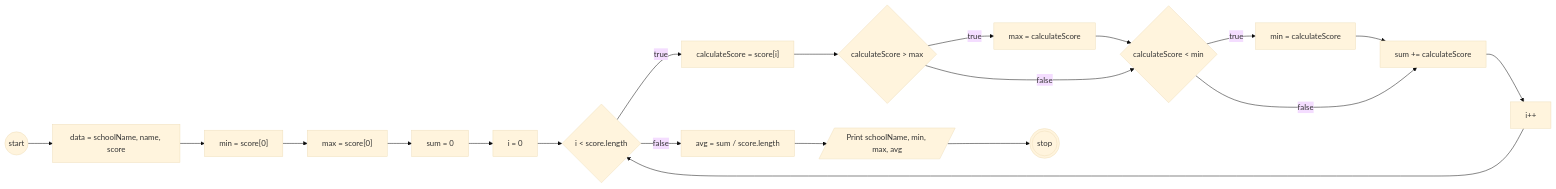
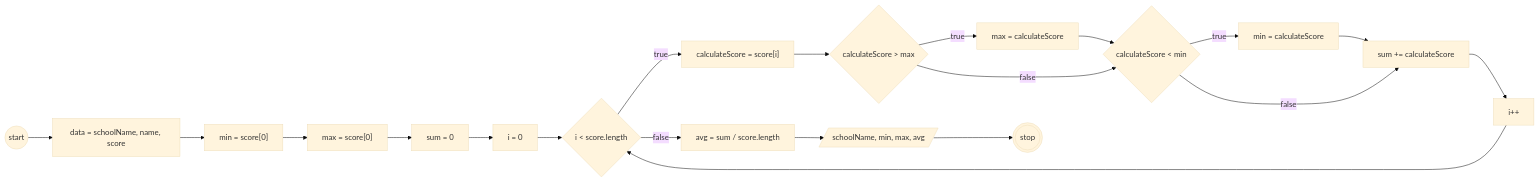
The diagram in README.md (aldi-ardyansah/koda-b10-javascript4), drawn with Mermaid (base theme) before and after one commit. The commit also changed 1 other file, not shown here.

````diff
--- a/README.md
+++ b/README.md
@@ -7,40 +7,40 @@
 ```mermaid
 flowchart LR
     A((start))
     B["data = schoolName, name, score"]
     C["min = score[0]"]
     D["max = score[0]"]
     E["sum = 0"]
     F["i = 0"]
     G{"i < score.length"}
     H["calculateScore = score[i]"]
     I{"calculateScore > max"}
     J["max = calculateScore"]
     K{"calculateScore < min"}
     L["min = calculateScore"]
     M["sum += calculateScore"]
     N["i++"]
     O["avg = sum / score.length"]
-    P[/Print schoolName, min, max, avg/]
+    P[/schoolName, min, max, avg/]
     Z(((stop)))
 
     A --> B
     B --> C
     C --> D
     D --> E
     E --> F
     F --> G
     G -- true --> H
     H --> I
     I -- true --> J
     I -- false --> K
     J --> K
     K -- true --> L
     K -- false --> M
     L --> M
     M --> N
     N --> G
     G -- false --> O
     O --> P
     P --> Z
 ```
````
